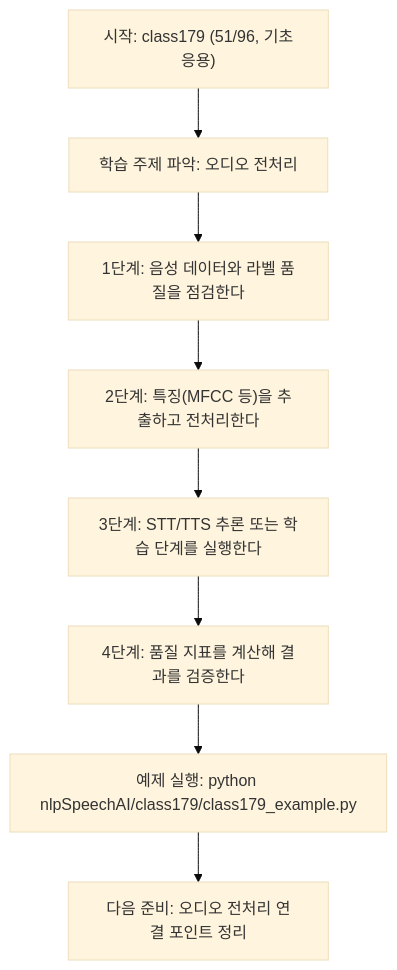
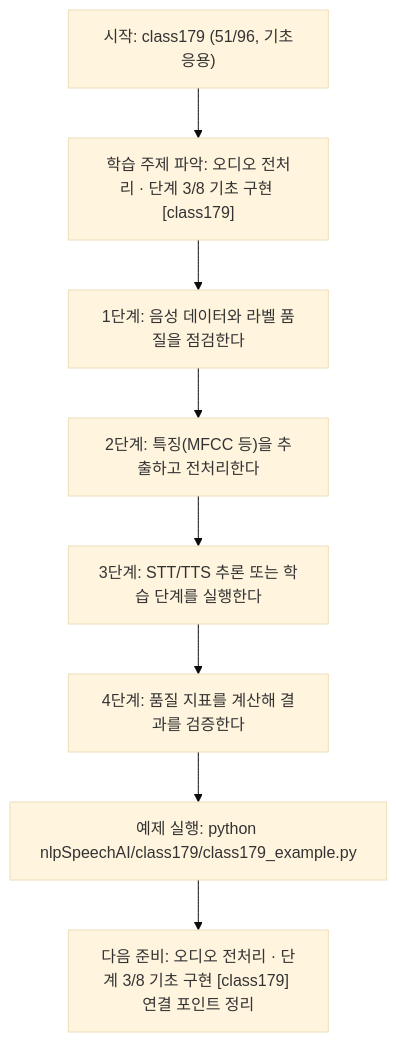
One commit to edumgt/Python-AI_Agent-Class changed the diagram in nlpSpeechAI/class179/class179.md. Above: the diagram before and after it, drawn with Mermaid (base theme). The commit also changed other lines of this file and 522 other files, not shown here.

````diff
--- a/nlpSpeechAI/class179/class179.md
+++ b/nlpSpeechAI/class179/class179.md
@@ -112,18 +113,18 @@
 ```mermaid
 flowchart TD
 N1["시작: class179 (51/96, 기초응용)"]
-N2["학습 주제 파악: 오디오 전처리"]
+N2["학습 주제 파악: 오디오 전처리 · 단계 3/8 기초 구현 [class179]"]
 N3["1단계: 음성 데이터와 라벨 품질을 점검한다"]
 N4["2단계: 특징(MFCC 등)을 추출하고 전처리한다"]
 N5["3단계: STT/TTS 추론 또는 학습 단계를 실행한다"]
 N6["4단계: 품질 지표를 계산해 결과를 검증한다"]
 N7["예제 실행: python nlpSpeechAI/class179/class179_example.py"]
-N8["다음 준비: 오디오 전처리 연결 포인트 정리"]
+N8["다음 준비: 오디오 전처리 · 단계 3/8 기초 구현 [class179] 연결 포인트 정리"]
 N1 --> N2
 N2 --> N3
 N3 --> N4
 N4 --> N5
 N5 --> N6
 N6 --> N7
 N7 --> N8
 ```
````
